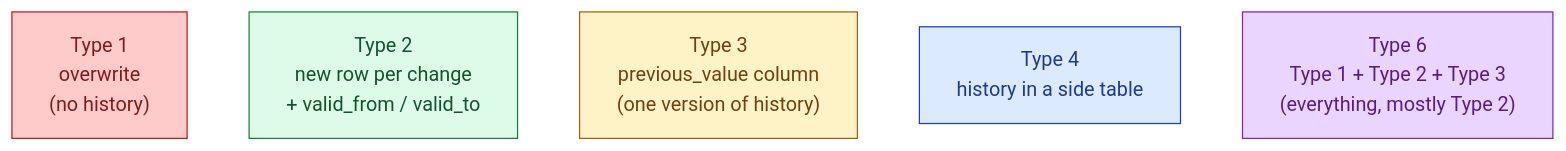
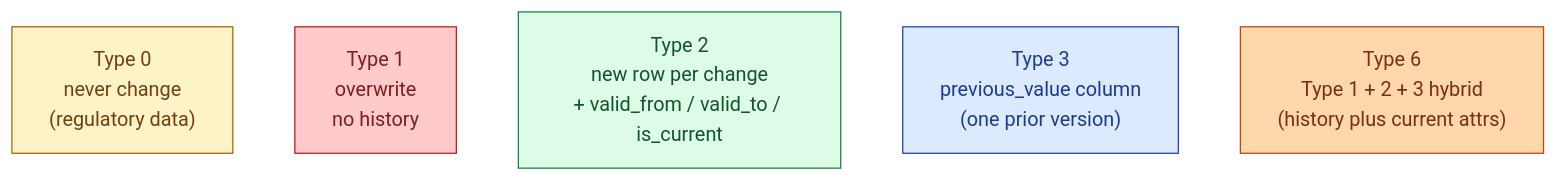
Before and after one commit to shiningflash/shiningflash.github.io: the first of 2 diagrams in _de_concepts/011-slowly-changing-dimensions.md, drawn with Mermaid. The commit also changed other lines of this file and 69 other files, not shown here.

````diff
--- a/_de_concepts/011-slowly-changing-dimensions.md
+++ b/_de_concepts/011-slowly-changing-dimensions.md
@@ -12,14 +14,14 @@
 ```mermaid
 flowchart TB
-    T1["Type 1<br/>overwrite<br/>(no history)"]:::a
-    T2["Type 2<br/>new row per change<br/>+ valid_from / valid_to"]:::b
-    T3["Type 3<br/>previous_value column<br/>(one version of history)"]:::c
-    T4["Type 4<br/>history in a side table"]:::d
-    T6["Type 6<br/>Type 1 + Type 2 + Type 3<br/>(everything, mostly Type 2)"]:::e
+    T0["Type 0<br/>never change<br/>(regulatory data)"]:::y
+    T1["Type 1<br/>overwrite<br/>no history"]:::r
+    T2["Type 2<br/>new row per change<br/>+ valid_from / valid_to / is_current"]:::g
+    T3["Type 3<br/>previous_value column<br/>(one prior version)"]:::a
+    T6["Type 6<br/>Type 1 + 2 + 3 hybrid<br/>(history plus current attrs)"]:::b
 
-    classDef a fill:#fecaca,stroke:#b91c1c,color:#7f1d1d
-    classDef b fill:#dcfce7,stroke:#15803d,color:#14532d
-    classDef c fill:#fef3c7,stroke:#a16207,color:#713f12
-    classDef d fill:#dbeafe,stroke:#1e40af,color:#1e3a8a
-    classDef e fill:#e9d5ff,stroke:#7e22ce,color:#581c87
+    classDef y fill:#fef3c7,stroke:#a16207,color:#713f12
+    classDef r fill:#fecaca,stroke:#b91c1c,color:#7f1d1d
+    classDef g fill:#dcfce7,stroke:#15803d,color:#14532d
+    classDef a fill:#dbeafe,stroke:#1e40af,color:#1e3a8a
+    classDef b fill:#fed7aa,stroke:#c2410c,color:#7c2d12
 ```
````
